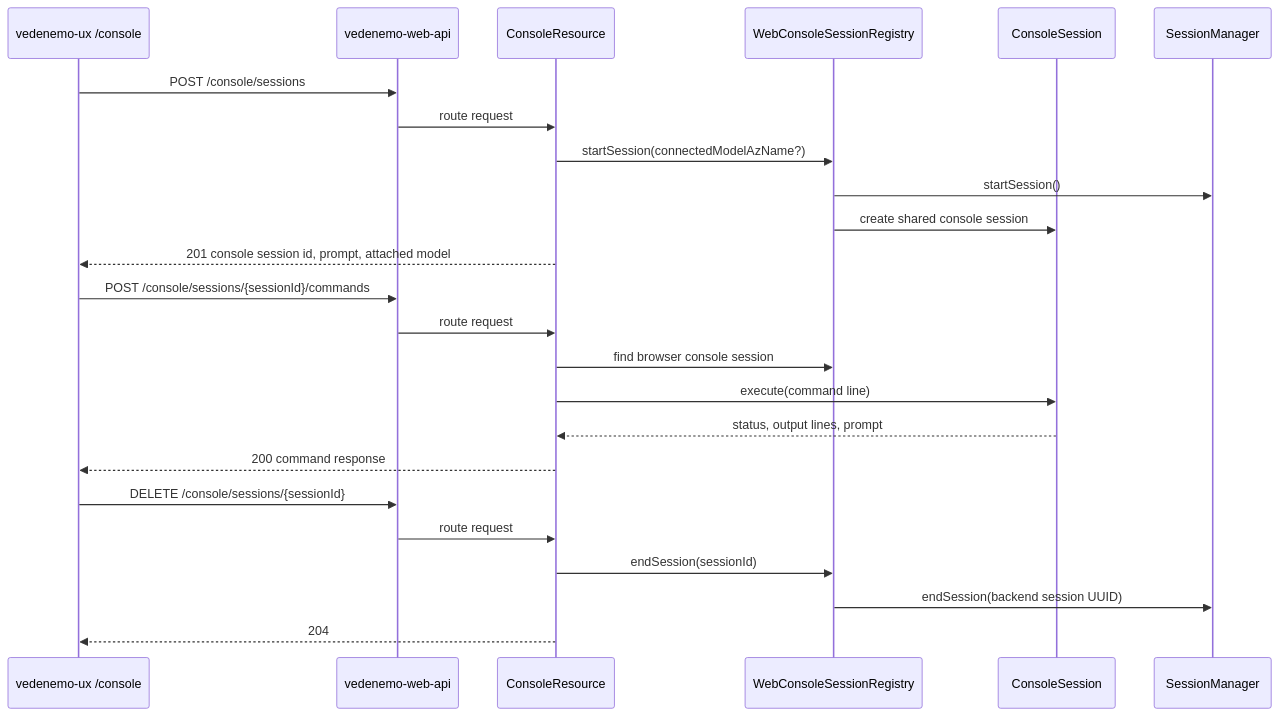
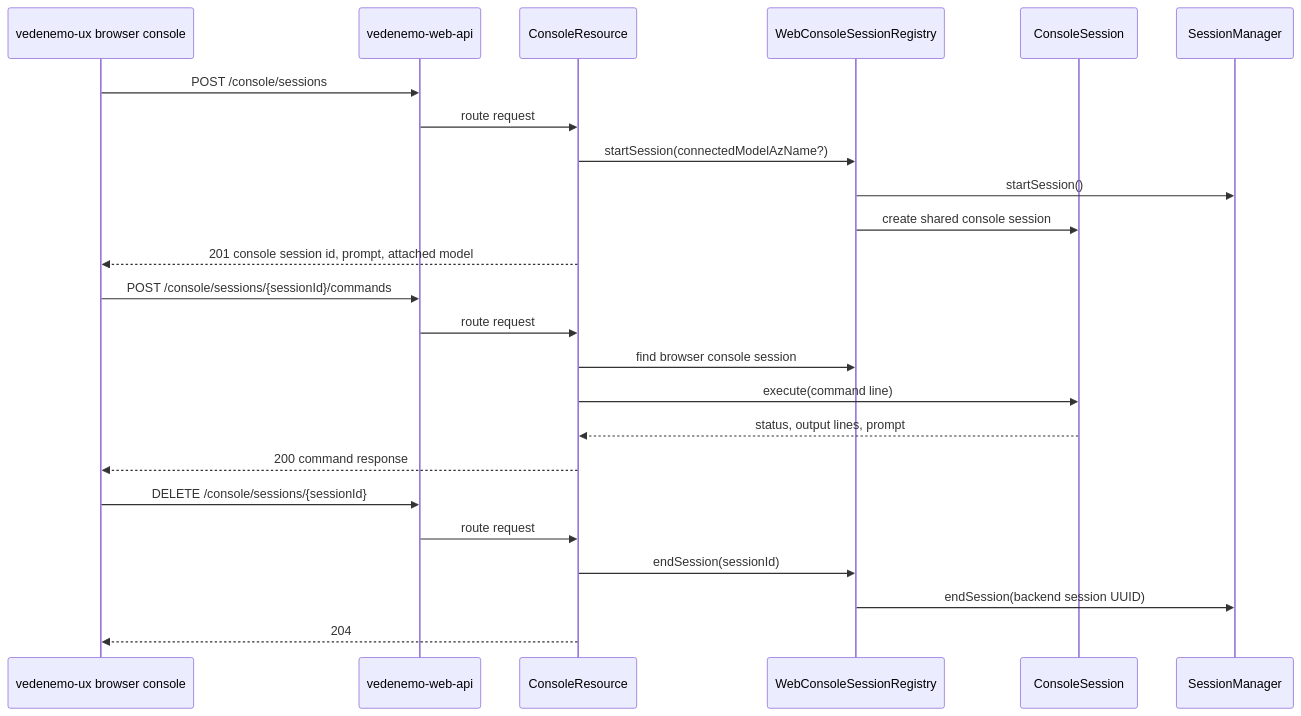
One commit to VedenemoDev/VedenemoMonorepo changed the eighth of 8 diagrams in docs/architecture_doc.md. Above: the diagram before and after it, drawn with Mermaid. The commit also changed other lines of this file and 4 other files, not shown here.

First line of the commit message:
Add embedded browser console pane

````diff
--- a/docs/architecture_doc.md
+++ b/docs/architecture_doc.md
@@ -704,29 +709,29 @@
 ```mermaid
 sequenceDiagram
-    participant UX as vedenemo-ux /console
+    participant UX as vedenemo-ux browser console
     participant API as vedenemo-web-api
     participant Resource as ConsoleResource
     participant Registry as WebConsoleSessionRegistry
     participant Console as ConsoleSession
     participant Manager as SessionManager
 
     UX->>API: POST /console/sessions
     API->>Resource: route request
     Resource->>Registry: startSession(connectedModelAzName?)
     Registry->>Manager: startSession()
     Registry->>Console: create shared console session
     Resource-->>UX: 201 console session id, prompt, attached model
 
     UX->>API: POST /console/sessions/{sessionId}/commands
     API->>Resource: route request
     Resource->>Registry: find browser console session
     Resource->>Console: execute(command line)
     Console-->>Resource: status, output lines, prompt
     Resource-->>UX: 200 command response
 
     UX->>API: DELETE /console/sessions/{sessionId}
     API->>Resource: route request
     Resource->>Registry: endSession(sessionId)
     Registry->>Manager: endSession(backend session UUID)
     Resource-->>UX: 204
 ```
````
